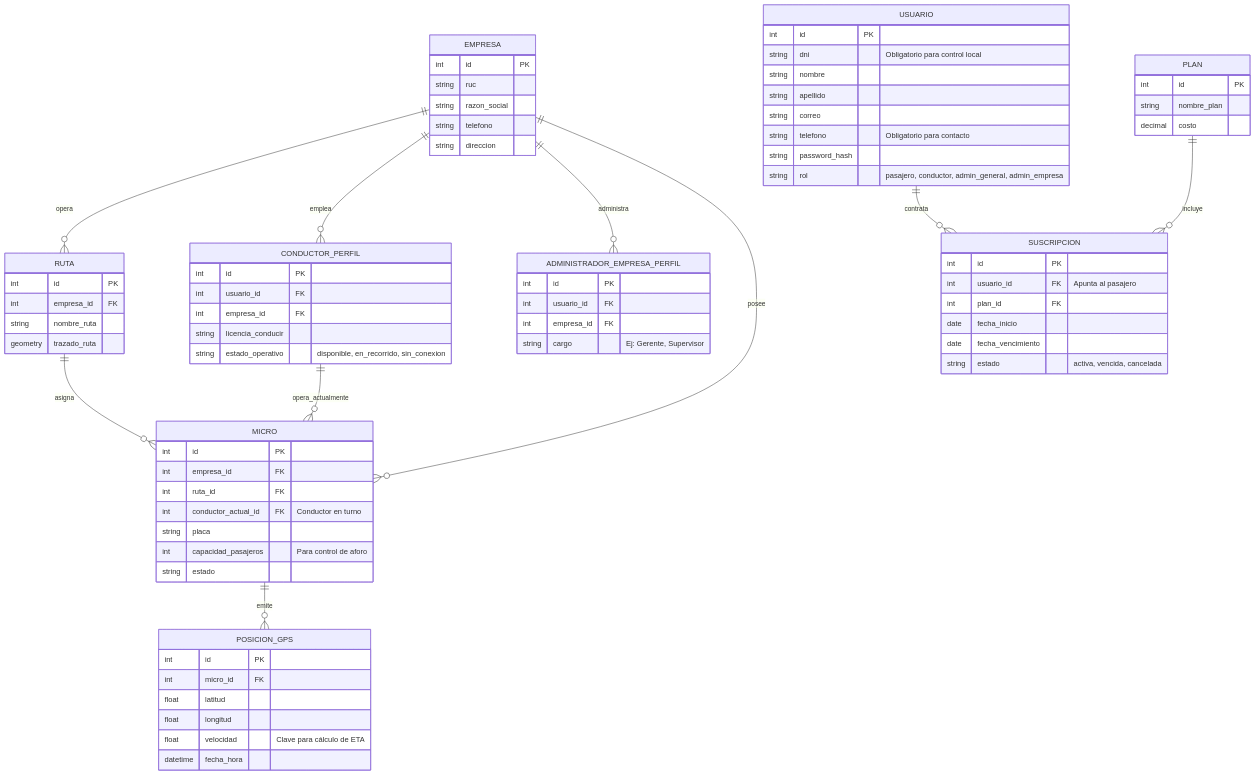
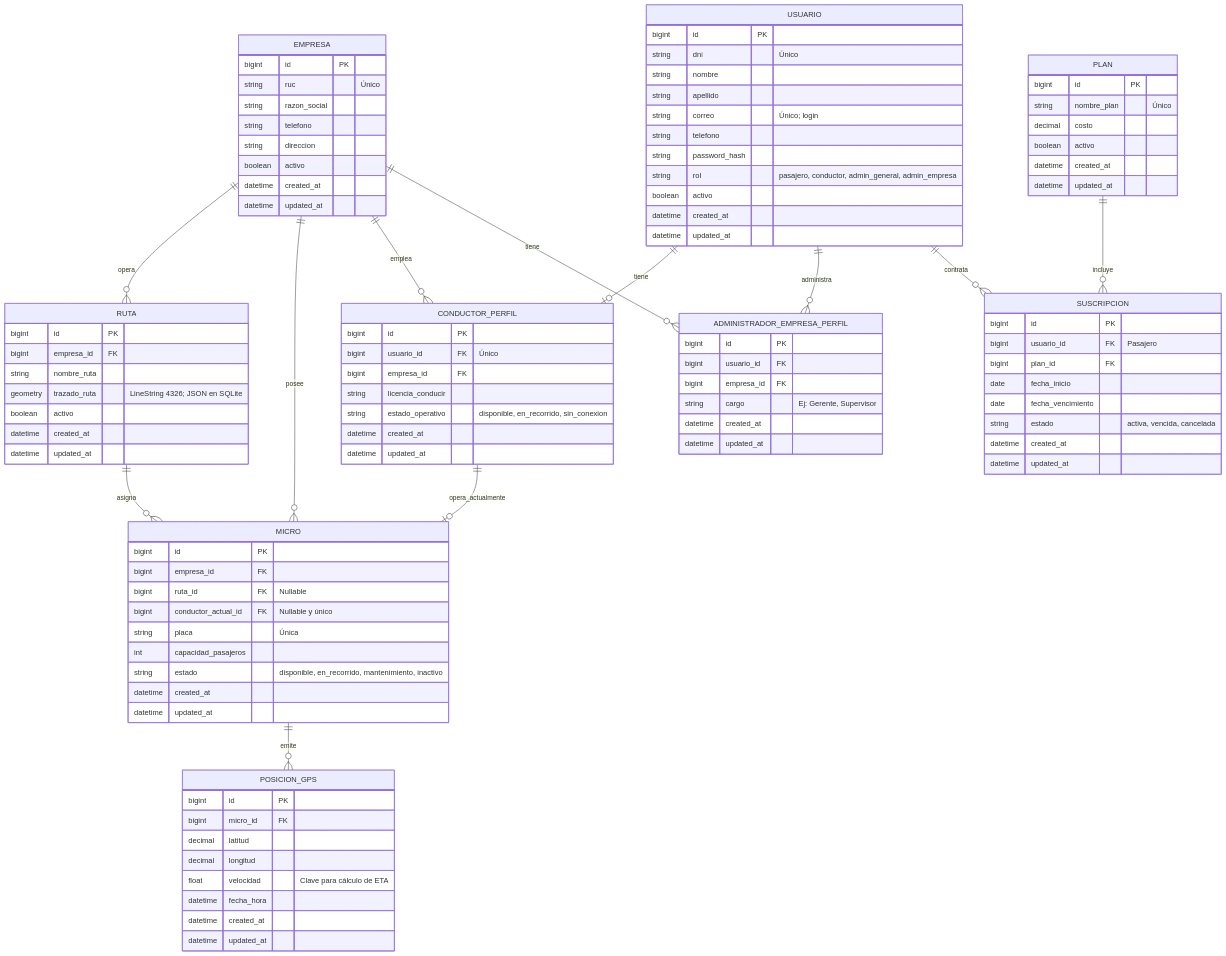
Before and after one commit to tuChaski/go-tacna-docs: the diagram in diagramas/fuente/modelo-entidad-relacion.mmd, drawn with Mermaid. The commit also changed 5 other files, not shown here.

Commit message:
docs(diagramas): actualizar modelo entidad-relación y diagramas de arquitectura v2

```diff
--- a/diagramas/fuente/modelo-entidad-relacion.mmd
+++ b/diagramas/fuente/modelo-entidad-relacion.mmd
@@ -1,77 +1,101 @@
 erDiagram
     USUARIO {
-        int id PK
-        string dni "Obligatorio para control local"
+        bigint id PK
+        string dni "Único"
         string nombre
         string apellido
-        string correo
-        string telefono "Obligatorio para contacto"
+        string correo "Único; login"
+        string telefono
         string password_hash
         string rol "pasajero, conductor, admin_general, admin_empresa"
+        boolean activo
+        datetime created_at
+        datetime updated_at
     }
     EMPRESA {
-        int id PK
-        string ruc
+        bigint id PK
+        string ruc "Único"
         string razon_social
         string telefono
         string direccion
+        boolean activo
+        datetime created_at
+        datetime updated_at
     }
     ADMINISTRADOR_EMPRESA_PERFIL {
-        int id PK
-        int usuario_id FK
-        int empresa_id FK
+        bigint id PK
+        bigint usuario_id FK
+        bigint empresa_id FK
         string cargo "Ej: Gerente, Supervisor"
+        datetime created_at
+        datetime updated_at
     }
     CONDUCTOR_PERFIL {
-        int id PK
-        int usuario_id FK
-        int empresa_id FK
+        bigint id PK
+        bigint usuario_id FK "Único"
+        bigint empresa_id FK
         string licencia_conducir
         string estado_operativo "disponible, en_recorrido, sin_conexion"
+        datetime created_at
+        datetime updated_at
     }
     RUTA {
-        int id PK
-        int empresa_id FK
+        bigint id PK
+        bigint empresa_id FK
         string nombre_ruta
-        geometry trazado_ruta
+        geometry trazado_ruta "LineString 4326; JSON en SQLite"
+        boolean activo
+        datetime created_at
+        datetime updated_at
     }
     MICRO {
-        int id PK
-        int empresa_id FK
-        int ruta_id FK
-        int conductor_actual_id FK "Conductor en turno"
-        string placa
-        int capacidad_pasajeros "Para control de aforo"
-        string estado
+        bigint id PK
+        bigint empresa_id FK
+        bigint ruta_id FK "Nullable"
+        bigint conductor_actual_id FK "Nullable y único"
+        string placa "Única"
+        int capacidad_pasajeros
+        string estado "disponible, en_recorrido, mantenimiento, inactivo"
+        datetime created_at
+        datetime updated_at
     }
     POSICION_GPS {
-        int id PK
-        int micro_id FK
-        float latitud
-        float longitud
+        bigint id PK
+        bigint micro_id FK
+        decimal latitud
+        decimal longitud
         float velocidad "Clave para cálculo de ETA"
         datetime fecha_hora
+        datetime created_at
+        datetime updated_at
     }
     PLAN {
-        int id PK
-        string nombre_plan
+        bigint id PK
+        string nombre_plan "Único"
         decimal costo
+        boolean activo
+        datetime created_at
+        datetime updated_at
     }
     SUSCRIPCION {
-        int id PK
-        int usuario_id FK "Apunta al pasajero"
-        int plan_id FK
+        bigint id PK
+        bigint usuario_id FK "Pasajero"
+        bigint plan_id FK
         date fecha_inicio
         date fecha_vencimiento
         string estado "activa, vencida, cancelada"
+        datetime created_at
+        datetime updated_at
     }
 
+    USUARIO ||--o| CONDUCTOR_PERFIL : "tiene"
+    USUARIO ||--o{ ADMINISTRADOR_EMPRESA_PERFIL : "administra"
+    USUARIO ||--o{ SUSCRIPCION : "contrata"
     EMPRESA ||--o{ RUTA : "opera"
+    EMPRESA ||--o{ MICRO : "posee"
     EMPRESA ||--o{ CONDUCTOR_PERFIL : "emplea"
-    EMPRESA ||--o{ ADMINISTRADOR_EMPRESA_PERFIL : "administra"
-    EMPRESA ||--o{ MICRO : "posee"
+    EMPRESA ||--o{ ADMINISTRADOR_EMPRESA_PERFIL : "tiene"
     RUTA ||--o{ MICRO : "asigna"
-    CONDUCTOR_PERFIL ||--o{ MICRO : "opera_actualmente"
+    CONDUCTOR_PERFIL ||--o| MICRO : "opera_actualmente"
     MICRO ||--o{ POSICION_GPS : "emite"
-    USUARIO ||--o{ SUSCRIPCION : "contrata"
     PLAN ||--o{ SUSCRIPCION : "incluye"
```
